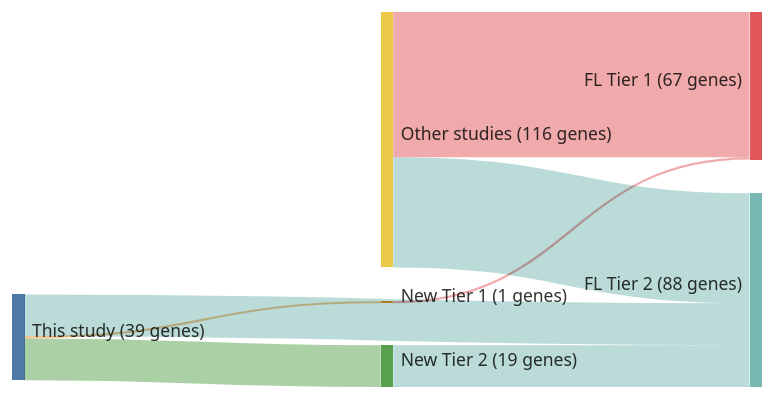
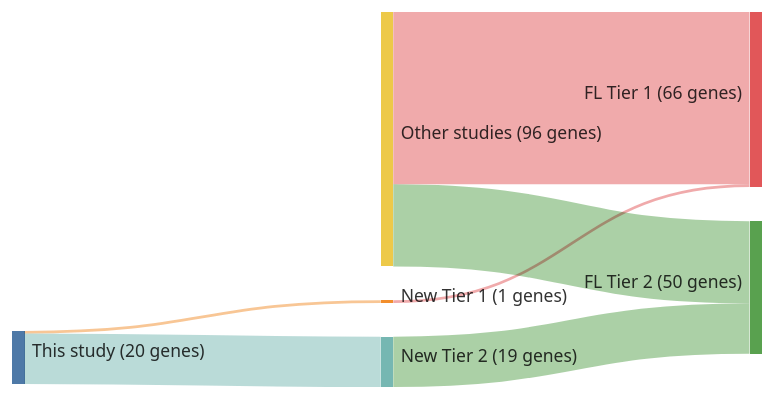
Before and after one commit to morinlab/lymphopedia: the diagram in papers/russler-germainMutationsAssociatedProgression2023b.md, drawn with Mermaid. The commit also changed 81 other files, not shown here.

````diff
--- a/papers/russler-germainMutationsAssociatedProgression2023b.md
+++ b/papers/russler-germainMutationsAssociatedProgression2023b.md
@@ -12,21 +12,20 @@
 ```mermaid
 ---
 config:
     sankey:
         showValues: true
         linkColor: target
         width: 600
         height: 300
         nodeAlignment: right
         prefix: '('
         suffix: ' genes)'
 ---
 sankey-beta
 This study, New Tier 1, 1
 New Tier 1, FL Tier 1, 1
-This study, FL Tier 2, 19
 This study, New Tier 2, 19
 New Tier 2, FL Tier 2, 19
-Other studies, FL Tier 1, 66
-Other studies, FL Tier 2, 50
+Other studies, FL Tier 1, 65
+Other studies, FL Tier 2, 31
 ```
````
